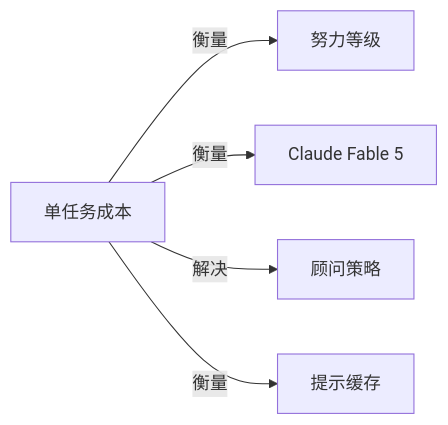
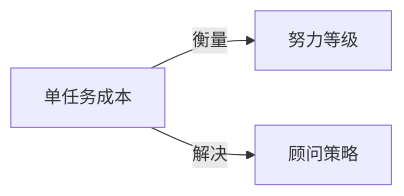
Before and after one commit to yibie/claude-best-practices-zh: the diagram in wiki/单任务成本.md, drawn with Mermaid. The commit also changed other lines of this file and 407 other files, not shown here.

Commit message:
feat: DeepSeek 三遍审校（译文/关系/图谱）+ 可部署静态站点

````diff
--- a/wiki/单任务成本.md
+++ b/wiki/单任务成本.md
@@ -46,8 +45,6 @@
 ```mermaid
 graph LR
   C["单任务成本"]
   C -->|衡量| N0["努力等级"]
-  C -->|衡量| N1["Claude Fable 5"]
-  C -->|解决| N2["顾问策略"]
-  C -->|衡量| N3["提示缓存"]
+  C -->|解决| N1["顾问策略"]
 ```
````
